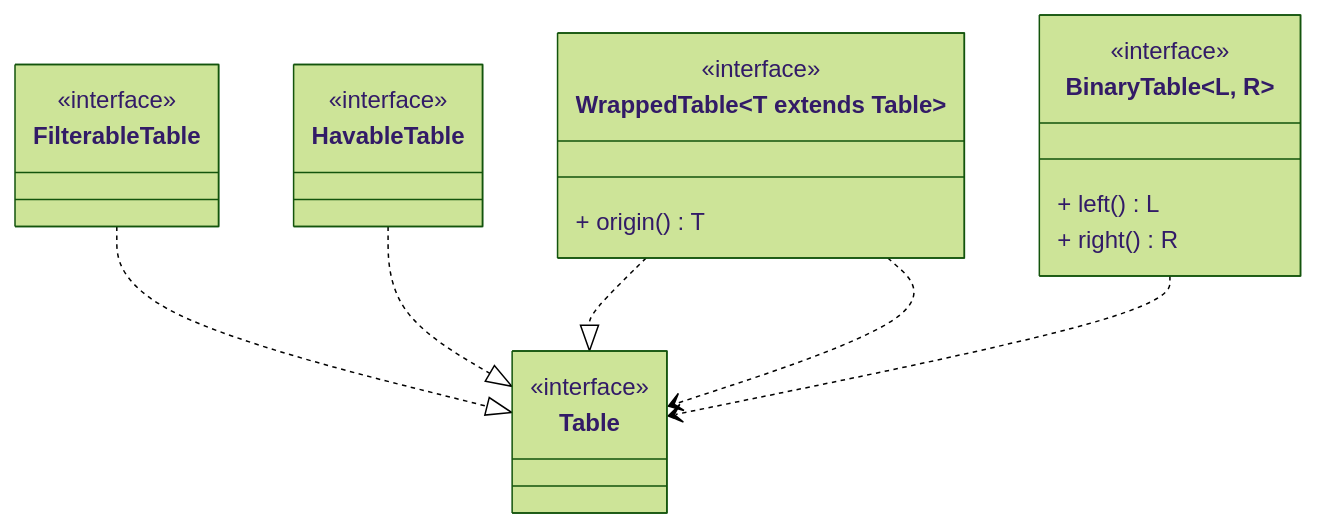
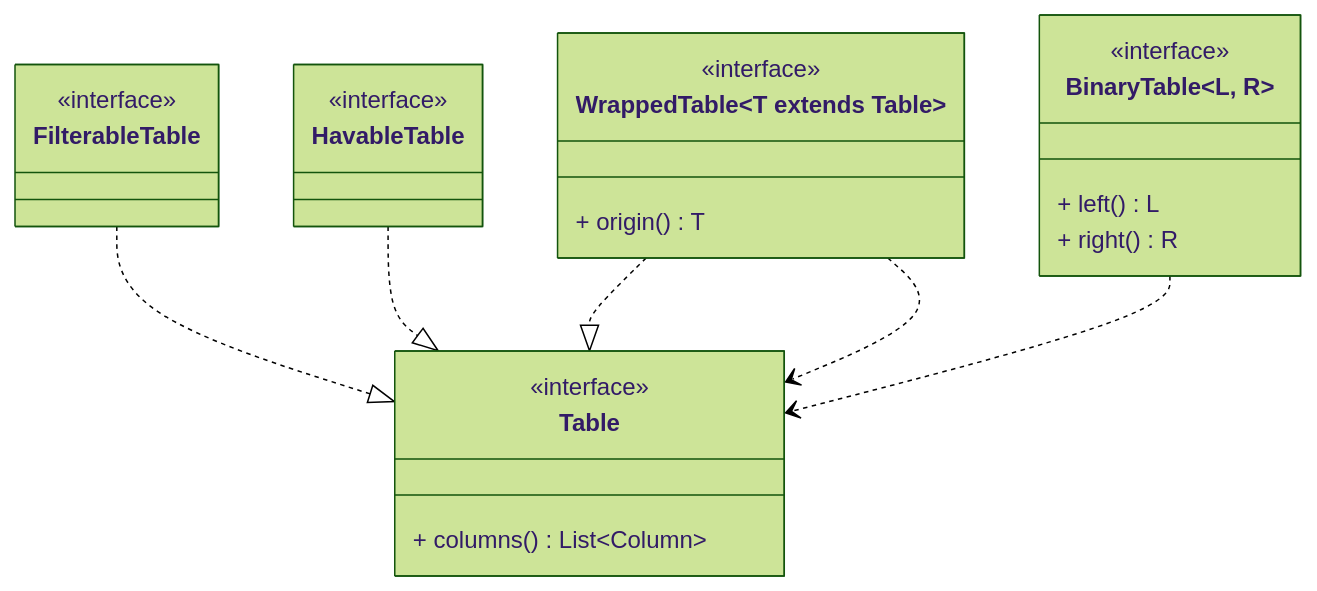
One commit to safarislava/querybricks changed the first of 13 diagrams in docs/domain.md. Above: the diagram before and after it, drawn with Mermaid (forest theme). The commit also changed other lines of this file and 3 other files, not shown here.

````diff
--- a/docs/domain.md
+++ b/docs/domain.md
@@ -5,30 +5,31 @@
 ```mermaid
 classDiagram
     class Table {
         <<interface>>
+        + columns() List~Column~
     }
 
     class FilterableTable {
         <<interface>>
     }
     FilterableTable ..|> Table
 
     class HavableTable {
         <<interface>>
     }
     HavableTable ..|> Table
 
     class WrappedTable~T extends Table~ {
         <<interface>>
         + origin() T
     }
     WrappedTable ..|> Table
     WrappedTable ..> Table
 
     class BinaryTable~L, R~ {
         <<interface>>
         + left() L
         + right() R
     }
     BinaryTable ..> Table
 ```
````
